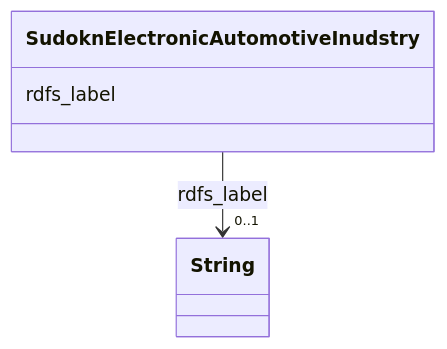
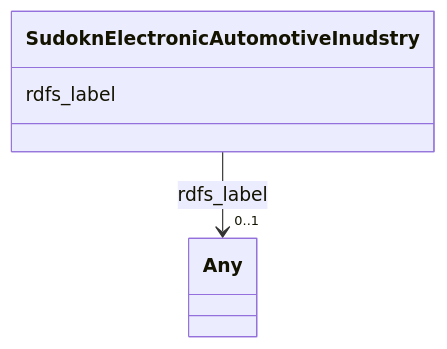
The diagram in sudokn-kg/classes/SudoknElectronicAutomotiveInudstry.md (frink-okn/graph-descriptions), drawn with Mermaid before and after one commit. The commit also changed other lines of this file and 903 other files, not shown here.

````diff
--- a/sudokn-kg/classes/SudoknElectronicAutomotiveInudstry.md
+++ b/sudokn-kg/classes/SudoknElectronicAutomotiveInudstry.md
@@ -23,15 +18,15 @@
 ```mermaid
  classDiagram
     class SudoknElectronicAutomotiveInudstry
     click SudoknElectronicAutomotiveInudstry href "../SudoknElectronicAutomotiveInudstry"
       SudoknElectronicAutomotiveInudstry : rdfs_label
         
           
     
     
-    SudoknElectronicAutomotiveInudstry --> "0..1" String : rdfs_label
-    click String href "../String"
+    SudoknElectronicAutomotiveInudstry --> "0..1" Any : rdfs_label
+    click Any href "../Any"
 
         
       
 ```
````
